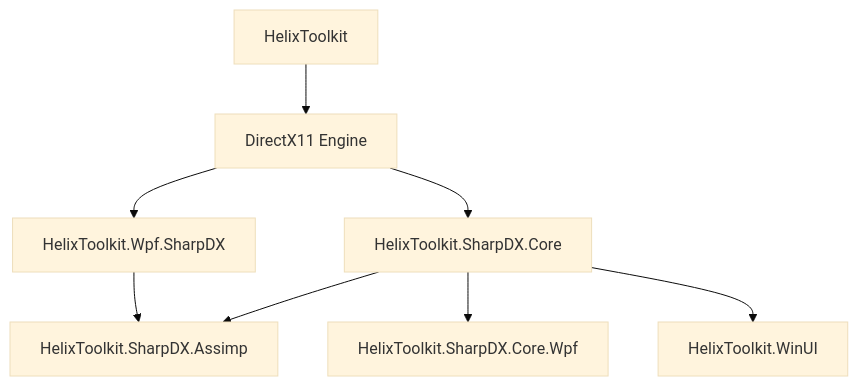
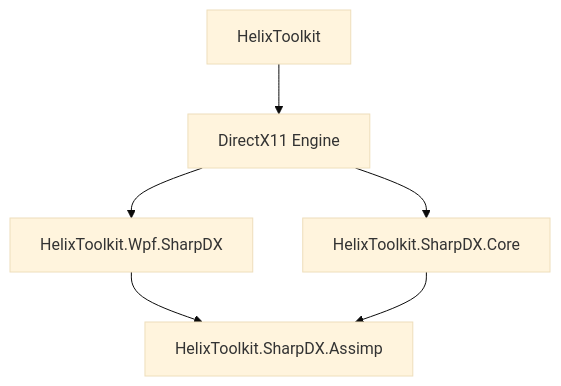
The second of 2 diagrams in README.md (0siris/helix-toolkit), drawn with Mermaid (base theme) before and after one commit. The commit also changed other lines of this file and 131 other files, not shown here.

````diff
--- a/README.md
+++ b/README.md
@@ -83,10 +83,8 @@
 ```mermaid
 graph TD
     hx[HelixToolkit] --> dx11[DirectX11 Engine]
     dx11 --> hxSharpDX[HelixToolkit.Wpf.SharpDX]
     dx11 --> hxCore[HelixToolkit.SharpDX.Core]
-    hxCore --> hxWinUI[HelixToolkit.SharpDX.Core.Wpf]
-    hxCore --> hxSharpDXCoreWpf[HelixToolkit.WinUI]
     hxSharpDX --> hxAssimp[HelixToolkit.SharpDX.Assimp]
     hxCore --> hxAssimp
 ```
````
